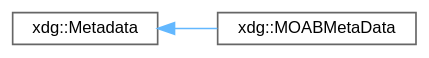
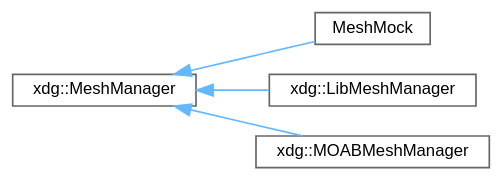
Before and after one commit to xdg-org/xdg: the diagram in inherit_graph_9.dot, drawn with Graphviz. The commit also changed 83 other files, not shown here.

```diff
--- a/inherit_graph_9.dot
+++ b/inherit_graph_9.dot
@@ -1,11 +1,15 @@
 digraph "Graphical Class Hierarchy"
 {
  // LATEX_PDF_SIZE
   bgcolor="transparent";
   edge [fontname=Helvetica,fontsize=10,labelfontname=Helvetica,labelfontsize=10];
   node [fontname=Helvetica,fontsize=10,shape=box,height=0.2,width=0.4];
   rankdir="LR";
-  Node0 [id="Node000000",label="xdg::Metadata",height=0.2,width=0.4,color="grey40", fillcolor="white", style="filled",URL="$classxdg_1_1Metadata.html",tooltip=" "];
-  Node0 -> Node1 [id="edge9_Node000000_Node000001",dir="back",color="steelblue1",style="solid",tooltip=" "];
-  Node1 [id="Node000001",label="xdg::MOABMetaData",height=0.2,width=0.4,color="grey40", fillcolor="white", style="filled",URL="$classxdg_1_1MOABMetaData.html",tooltip=" "];
+  Node0 [id="Node000000",label="xdg::MeshManager",height=0.2,width=0.4,color="grey40", fillcolor="white", style="filled",URL="$classxdg_1_1MeshManager.html",tooltip=" "];
+  Node0 -> Node1 [id="edge10_Node000000_Node000001",dir="back",color="steelblue1",style="solid",tooltip=" "];
+  Node1 [id="Node000001",label="MeshMock",height=0.2,width=0.4,color="grey40", fillcolor="white", style="filled",URL="$classMeshMock.html",tooltip=" "];
+  Node0 -> Node2 [id="edge11_Node000000_Node000002",dir="back",color="steelblue1",style="solid",tooltip=" "];
+  Node2 [id="Node000002",label="xdg::LibMeshManager",height=0.2,width=0.4,color="grey40", fillcolor="white", style="filled",URL="$classxdg_1_1LibMeshManager.html",tooltip=" "];
+  Node0 -> Node3 [id="edge12_Node000000_Node000003",dir="back",color="steelblue1",style="solid",tooltip=" "];
+  Node3 [id="Node000003",label="xdg::MOABMeshManager",height=0.2,width=0.4,color="grey40", fillcolor="white", style="filled",URL="$classxdg_1_1MOABMeshManager.html",tooltip=" "];
 }
```
